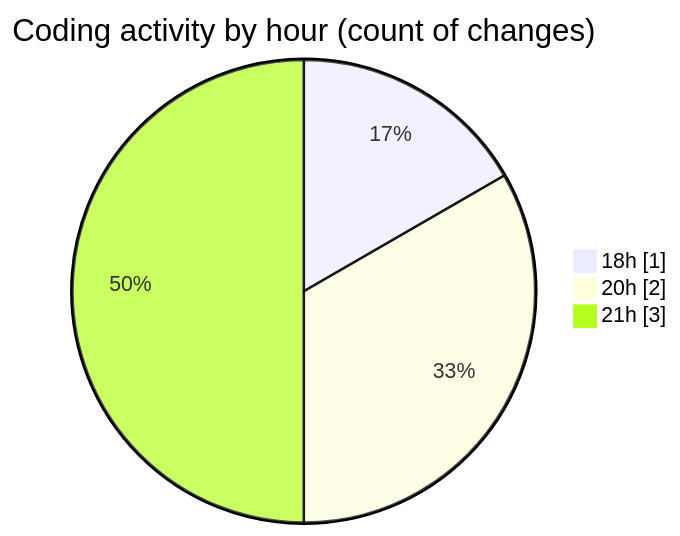
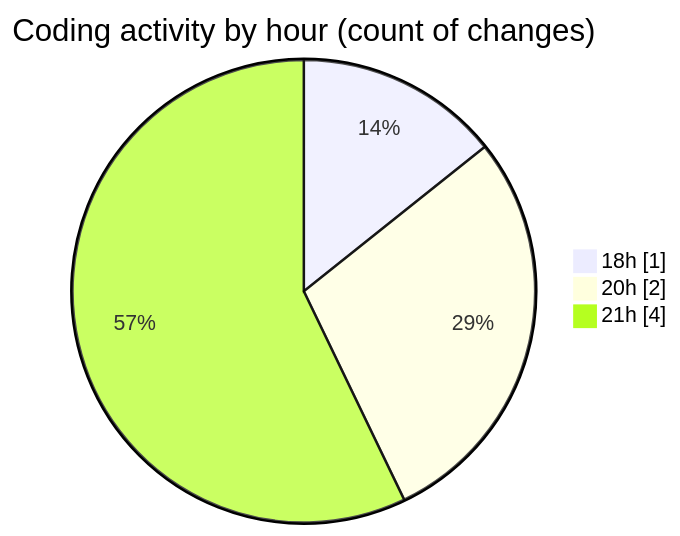
The second of 2 diagrams in 2025-02-27/project1/README.md (NitaiMahat/code-tracking), drawn with Mermaid before and after one commit. The commit also changed other lines of this file and 1 other file, not shown here.

````diff
--- a/2025-02-27/project1/README.md
+++ b/2025-02-27/project1/README.md
@@ -28,7 +28,7 @@
 ```mermaid
 pie showData
 title Coding activity by hour (count of changes)
 "18h" : 1
 "20h" : 2
-"21h" : 3
+"21h" : 4
 ```
````
